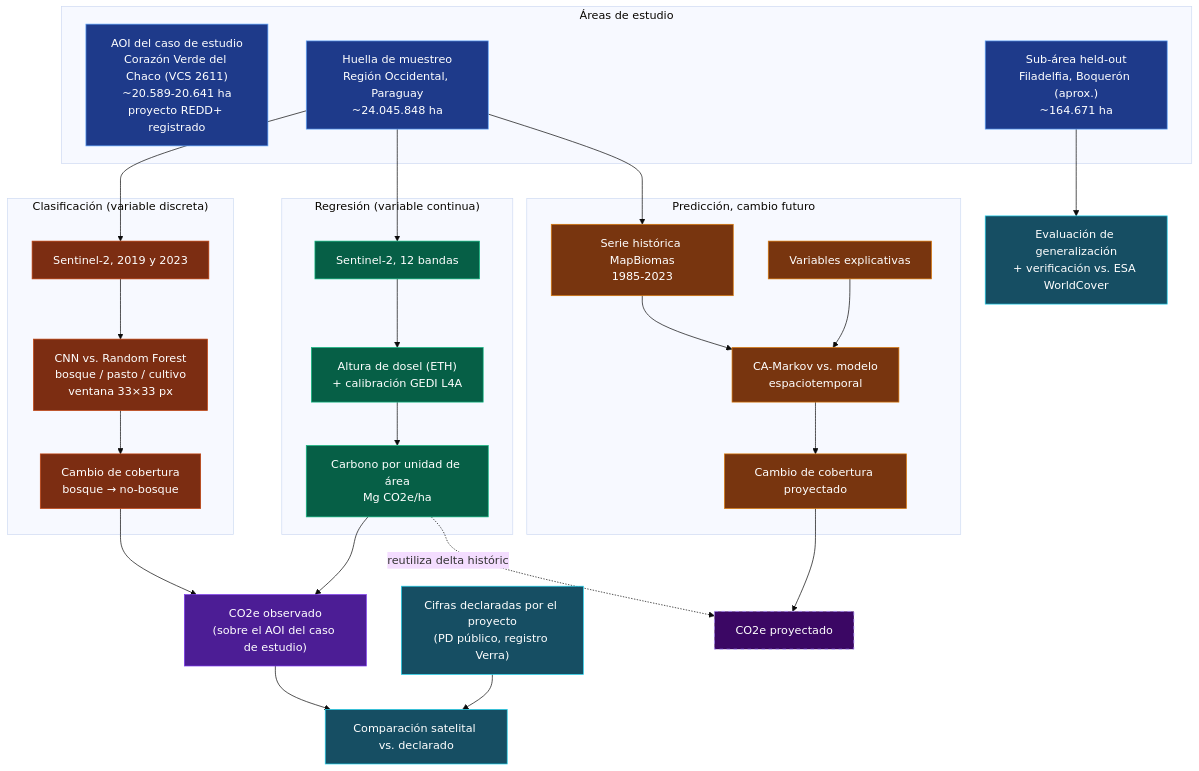
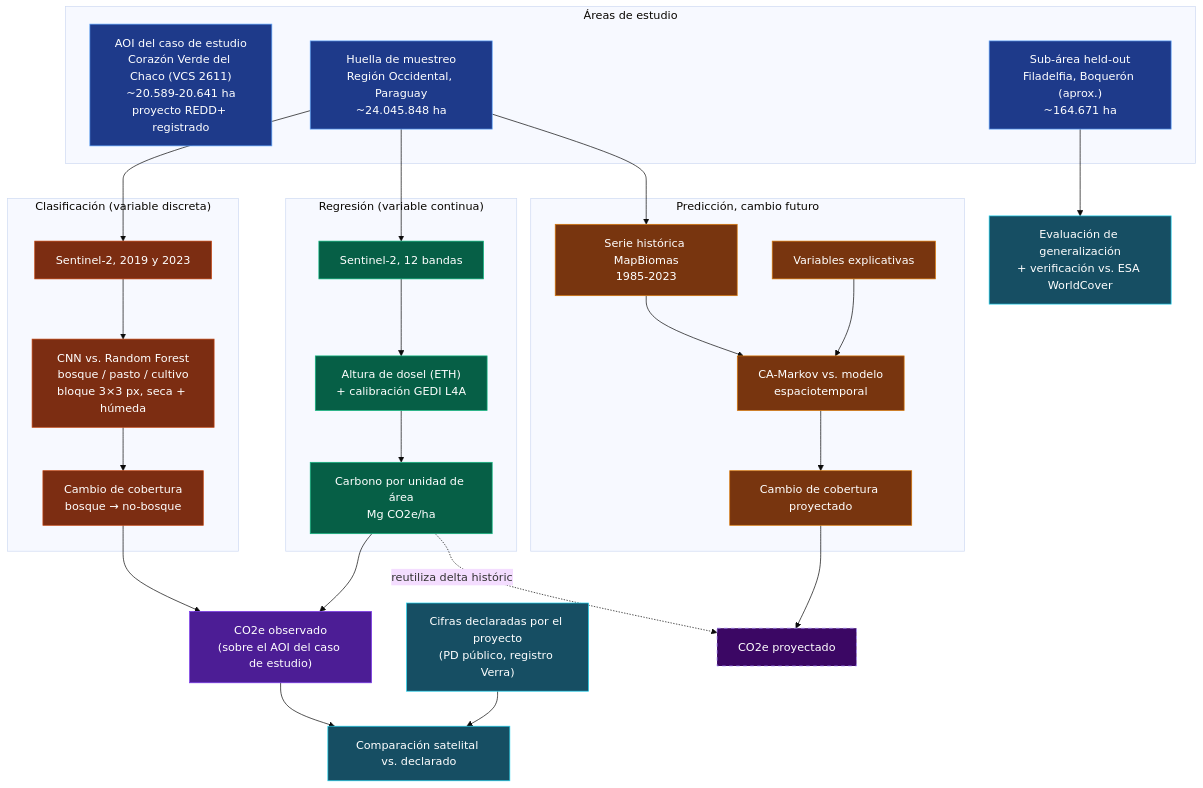
Before and after one commit to hugolo27/marta: the diagram in docs/METODOLOGIA_PIPELINE.md, drawn with Mermaid (base theme). The commit also changed other lines of this file and 48 other files, not shown here.

````diff
--- a/docs/METODOLOGIA_PIPELINE.md
+++ b/docs/METODOLOGIA_PIPELINE.md
@@ -10,69 +10,69 @@
 ```mermaid
 flowchart TD
     subgraph AOIS["Áreas de estudio"]
         AOI_CASO["AOI del caso de estudio<br/>Corazón Verde del Chaco (VCS 2611)<br/>~20.589-20.641 ha<br/>proyecto REDD+ registrado"]
         FOOTPRINT["Huella de muestreo<br/>Región Occidental, Paraguay<br/>~24.045.848 ha"]
         HELDOUT["Sub-área held-out<br/>Filadelfia, Boquerón (aprox.)<br/>~164.671 ha"]
     end
 
     subgraph CLASS["Clasificación (variable discreta)"]
         S2A["Sentinel-2, 2019 y 2023"]
-        CNNRF["CNN vs. Random Forest<br/>bosque / pasto / cultivo<br/>ventana 33×33 px"]
+        CNNRF["CNN vs. Random Forest<br/>bosque / pasto / cultivo<br/>bloque 3×3 px, seca + húmeda"]
         CHANGE["Cambio de cobertura<br/>bosque → no-bosque"]
         S2A --> CNNRF --> CHANGE
     end
 
     subgraph REGR["Regresión (variable continua)"]
         S2B["Sentinel-2, 12 bandas"]
         ETHGEDI["Altura de dosel (ETH)<br/>+ calibración GEDI L4A"]
         CARBONPIX["Carbono por unidad de área<br/>Mg CO2e/ha"]
         S2B --> ETHGEDI --> CARBONPIX
     end
 
     FOOTPRINT --> S2A
     FOOTPRINT --> S2B
 
     DELTA["CO2e observado<br/>(sobre el AOI del caso de estudio)"]
     CHANGE --> DELTA
     CARBONPIX --> DELTA
 
     PDD["Cifras declaradas por el proyecto<br/>(PD público, registro Verra)"]
     AUDIT["Comparación satelital vs. declarado"]
     DELTA --> AUDIT
     PDD --> AUDIT
 
     subgraph PRED["Predicción, cambio futuro"]
         HIST["Serie histórica MapBiomas<br/>1985-2023"]
         DRIVERS["Variables explicativas"]
         MARKOVDL["CA-Markov vs. modelo<br/>espaciotemporal"]
         FUTURECHANGE["Cambio de cobertura proyectado"]
         HIST --> MARKOVDL
         DRIVERS --> MARKOVDL
         MARKOVDL --> FUTURECHANGE
     end
 
     FOOTPRINT --> HIST
 
     FUTUREDELTA["CO2e proyectado"]
     FUTURECHANGE --> FUTUREDELTA
     CARBONPIX -.reutiliza delta histórico.-> FUTUREDELTA
 
     EVALGEN["Evaluación de generalización<br/>+ verificación vs. ESA WorldCover"]
     HELDOUT --> EVALGEN
 
     classDef aoi fill:#1e3a8a,stroke:#60a5fa,color:#fff
     classDef classif fill:#7c2d12,stroke:#c2410c,color:#fff
     classDef regress fill:#065f46,stroke:#10b981,color:#fff
     classDef merge fill:#4c1d95,stroke:#7c3aed,color:#fff
     classDef predict fill:#78350f,stroke:#d97706,color:#fff
     classDef futuremerge fill:#3b0764,stroke:#a78bfa,color:#fff,stroke-dasharray: 5 5
     classDef audit fill:#164e63,stroke:#22d3ee,color:#fff
 
     class AOI_CASO,FOOTPRINT,HELDOUT aoi
     class S2A,CNNRF,CHANGE classif
     class S2B,ETHGEDI,CARBONPIX regress
     class DELTA merge
     class HIST,DRIVERS,MARKOVDL,FUTURECHANGE predict
     class FUTUREDELTA futuremerge
     class AUDIT,EVALGEN,PDD audit
 ```
````
